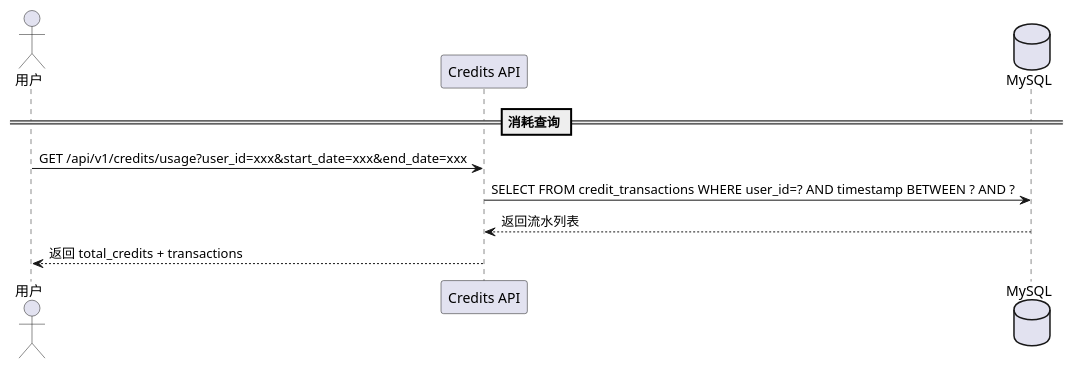
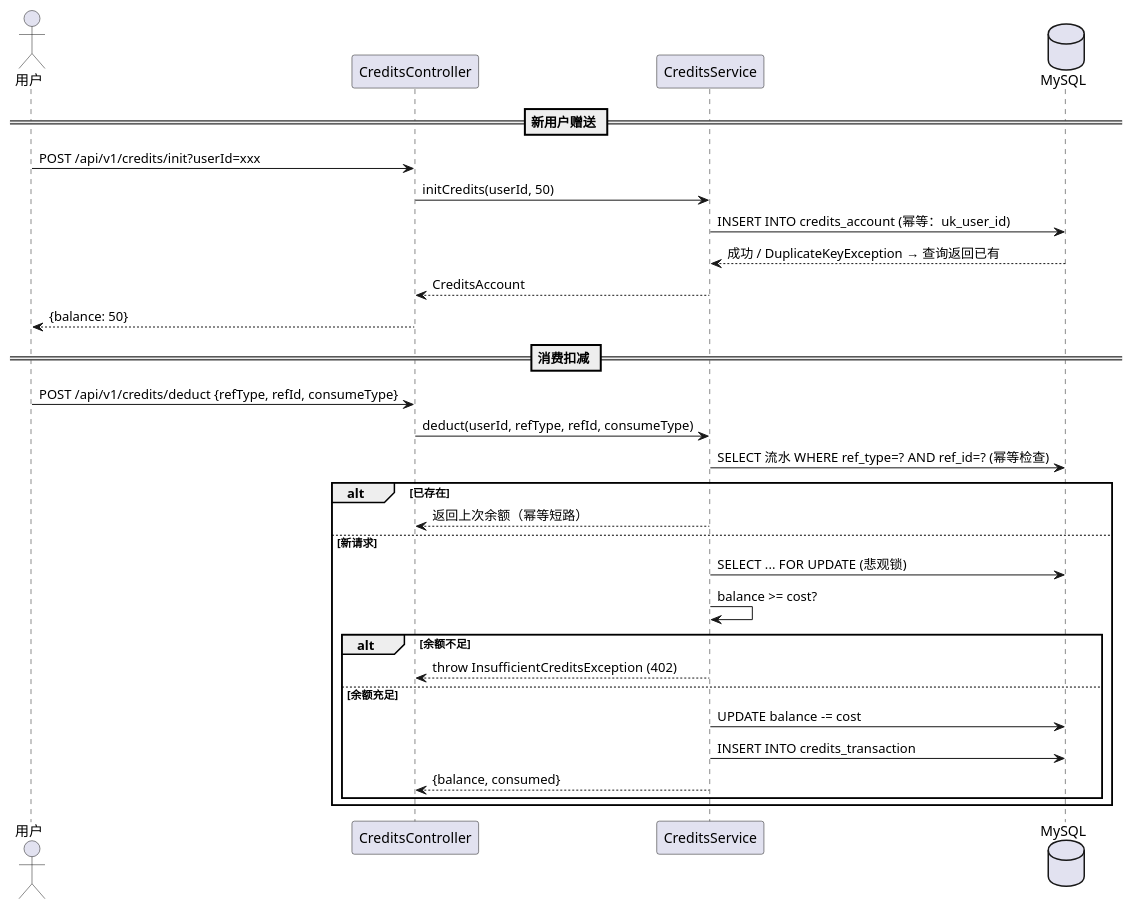
The diagram in Docs/project/modules/farvis-credits.md (liluqing/farvis-harness), drawn with PlantUML before and after one commit. The commit also changed other lines of this file and 20 other files, not shown here.

````diff
--- a/Docs/project/modules/farvis-credits.md
+++ b/Docs/project/modules/farvis-credits.md
@@ -29,13 +31,34 @@
 ```plantuml
 @startuml
 actor 用户
-participant "Credits API" as API
+participant "CreditsController" as API
+participant "CreditsService" as SVC
 database "MySQL" as DB
 
-== 消耗查询 ==
-用户 -> API: GET /api/v1/credits/usage?user_id=xxx&start_date=xxx&end_date=xxx
-API -> DB: SELECT FROM credit_transactions WHERE user_id=? AND timestamp BETWEEN ? AND ?
-DB --> API: 返回流水列表
-API --> 用户: 返回 total_credits + transactions
+== 新用户赠送 ==
+用户 -> API: POST /api/v1/credits/init?userId=xxx
+API -> SVC: initCredits(userId, 50)
+SVC -> DB: INSERT INTO credits_account (幂等：uk_user_id)
+DB --> SVC: 成功 / DuplicateKeyException → 查询返回已有
+SVC --> API: CreditsAccount
+API --> 用户: {balance: 50}
+
+== 消费扣减 ==
+用户 -> API: POST /api/v1/credits/deduct {refType, refId, consumeType}
+API -> SVC: deduct(userId, refType, refId, consumeType)
+SVC -> DB: SELECT 流水 WHERE ref_type=? AND ref_id=? (幂等检查)
+alt 已存在
+  SVC --> API: 返回上次余额（幂等短路）
+else 新请求
+  SVC -> DB: SELECT ... FOR UPDATE (悲观锁)
+  SVC -> SVC: balance >= cost?
+  alt 余额不足
+    SVC --> API: throw InsufficientCreditsException (402)
+  else 余额充足
+    SVC -> DB: UPDATE balance -= cost
+    SVC -> DB: INSERT INTO credits_transaction
+    SVC --> API: {balance, consumed}
+  end
+end
 @enduml
 ```
````
